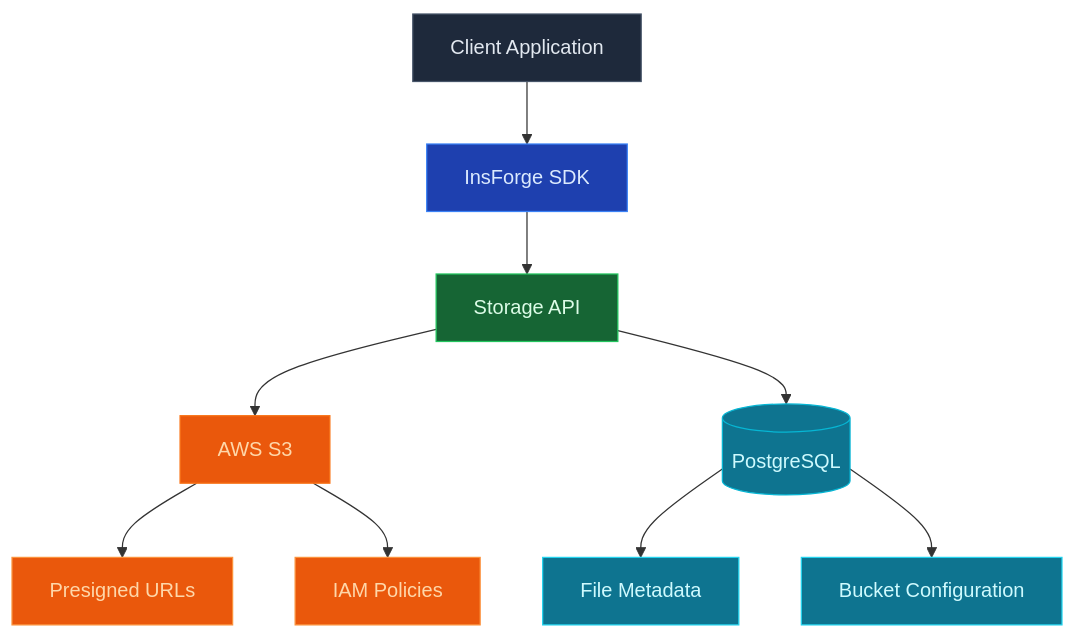
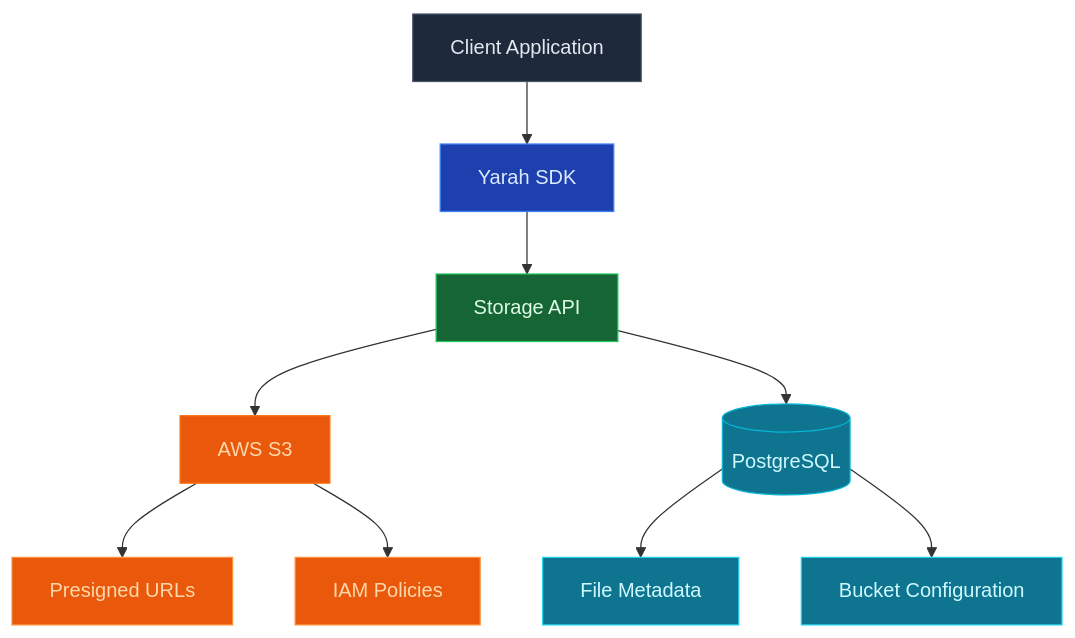
One commit to Darts7u7/Yarah-oos changed the diagram in docs/core-concepts/storage/overview.mdx. Above: the diagram before and after it, drawn with Mermaid. The commit also changed other lines of this file and 1141 other files, not shown here.

````diff
--- a/docs/core-concepts/storage/overview.mdx
+++ b/docs/core-concepts/storage/overview.mdx
@@ -17,24 +17,24 @@
 ```mermaid
 graph TB
-    Client[Client Application] --> SDK[InsForge SDK]
+    Client[Client Application] --> SDK[Yarah SDK]
     SDK --> StorageAPI[Storage API]
 
     StorageAPI --> S3[AWS S3]
 
     StorageAPI --> DB[(PostgreSQL)]
     DB --> Metadata[File Metadata]
     DB --> Buckets[Bucket Configuration]
 
     S3 --> DirectUpload[Presigned URLs]
     S3 --> SecureAccess[IAM Policies]
 
     style Client fill:#1e293b,stroke:#475569,color:#e2e8f0
     style SDK fill:#1e40af,stroke:#3b82f6,color:#dbeafe
     style StorageAPI fill:#166534,stroke:#22c55e,color:#dcfce7
     style S3 fill:#ea580c,stroke:#f97316,color:#fed7aa
     style DB fill:#0e7490,stroke:#06b6d4,color:#cffafe
     style Metadata fill:#0e7490,stroke:#22d3ee,color:#cffafe
     style Buckets fill:#0e7490,stroke:#22d3ee,color:#cffafe
     style DirectUpload fill:#ea580c,stroke:#fb923c,color:#fed7aa
     style SecureAccess fill:#ea580c,stroke:#fb923c,color:#fed7aa
 ```
````
